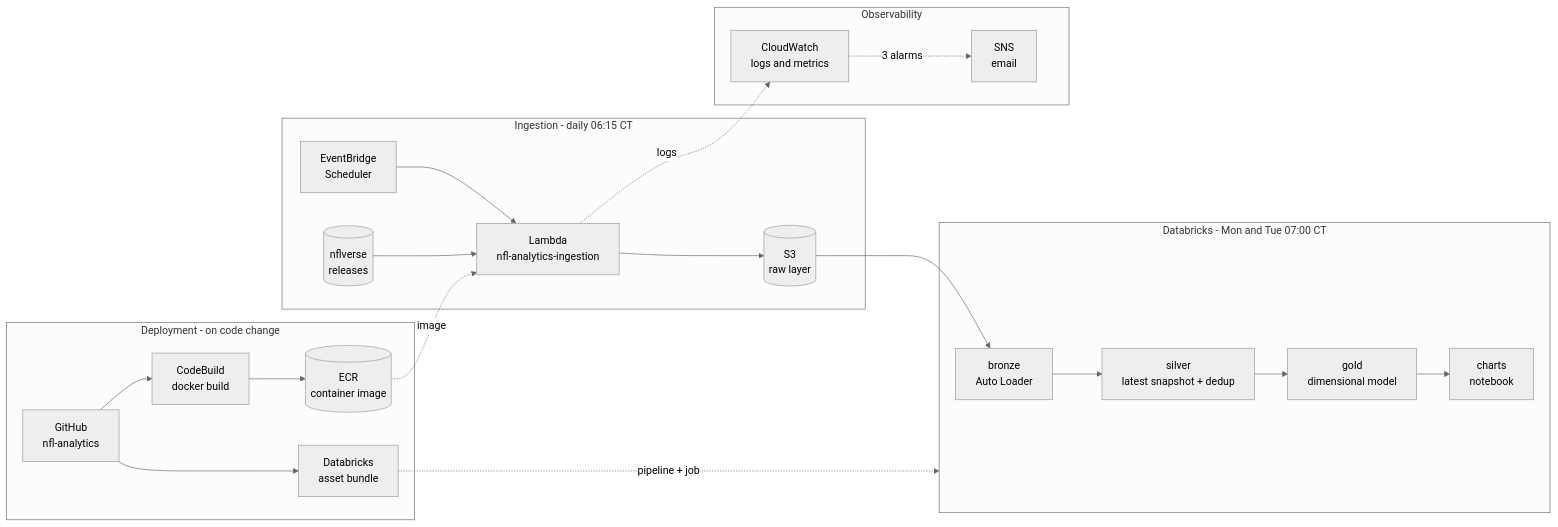
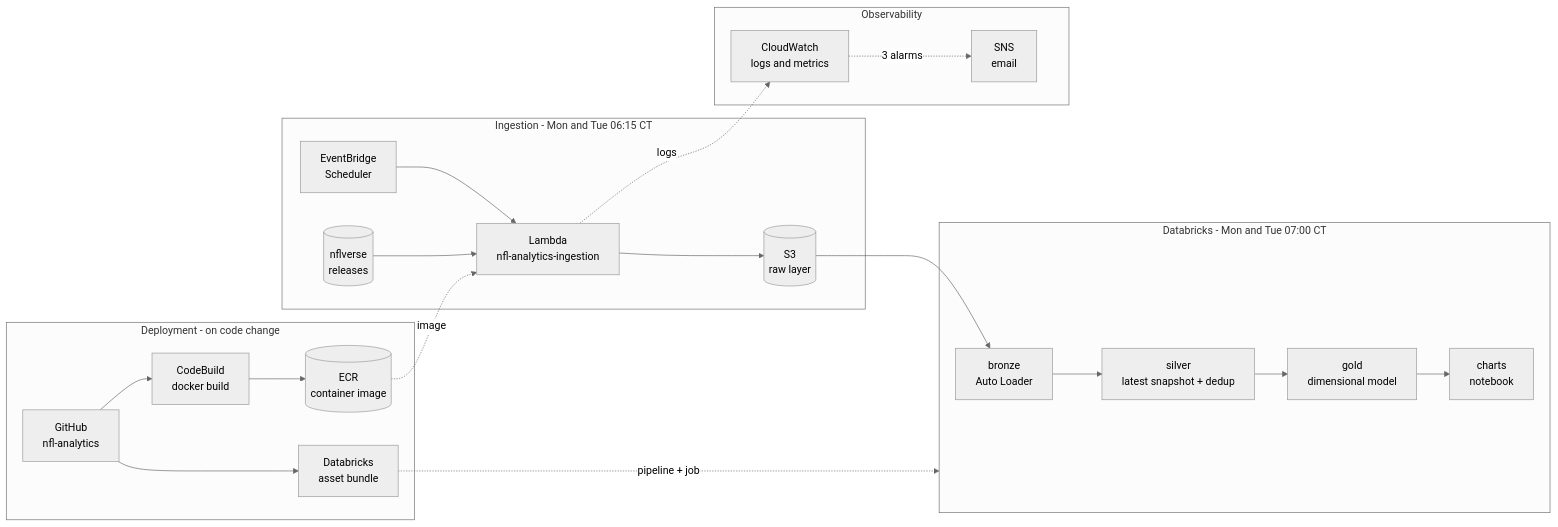
One commit to JackC20/nfl-analytics changed the diagram in README.md. Above: the diagram before and after it, drawn with Mermaid (neutral theme). The commit also changed other lines of this file, not shown here.

````diff
--- a/README.md
+++ b/README.md
@@ -27,29 +27,29 @@
 ```mermaid
 flowchart LR
     subgraph deploy["Deployment - on code change"]
         GH["GitHub<br/>nfl-analytics"] --> CB["CodeBuild<br/>docker build"]
         CB --> ECR[("ECR<br/>container image")]
         GH --> DAB["Databricks<br/>asset bundle"]
     end
 
-    subgraph runtime["Ingestion - daily 06:15 CT"]
+    subgraph runtime["Ingestion - Mon and Tue 06:15 CT"]
         EB["EventBridge<br/>Scheduler"] --> L["Lambda<br/>nfl-analytics-ingestion"]
         NV[("nflverse<br/>releases")] --> L
         L --> S3[("S3<br/>raw layer")]
     end
 
     subgraph dbx["Databricks - Mon and Tue 07:00 CT"]
         B["bronze<br/>Auto Loader"] --> S["silver<br/>latest snapshot + dedup"]
         S --> G["gold<br/>dimensional model"]
         G --> C["charts<br/>notebook"]
     end
 
     subgraph obs["Observability"]
         CW["CloudWatch<br/>logs and metrics"] -.->|"3 alarms"| SNS["SNS<br/>email"]
     end
 
     S3 --> B
     L -.->|"logs"| CW
     ECR -.->|"image"| L
     DAB -.->|"pipeline + job"| dbx
 ```
````
